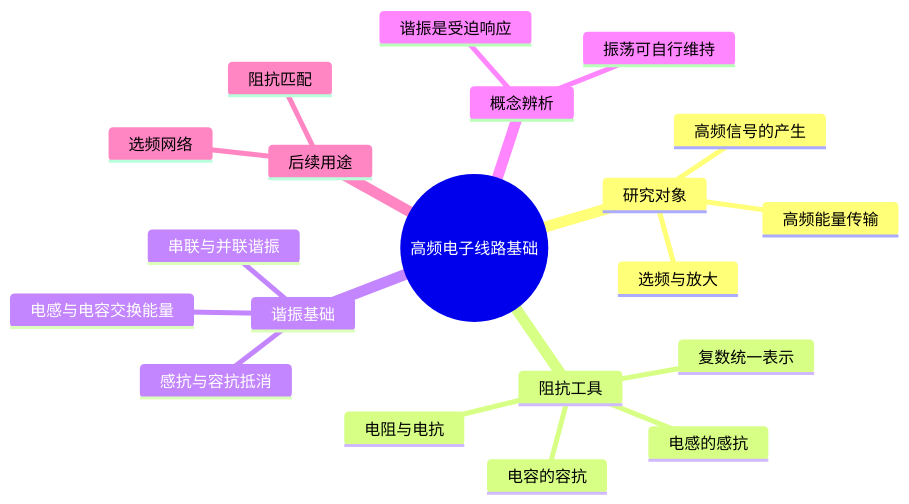
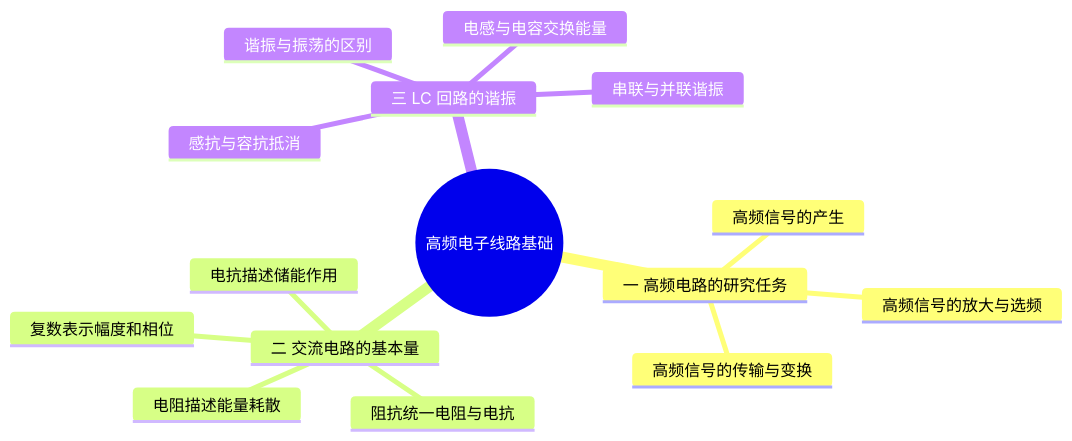
Before and after one commit to 3280441136-lab/My_Obsidian_Notes: the diagram in 学习/学校课程/高频电子线路（3学分）/01 第1课 学习高频电子线路前的一些理解基础.md, drawn with Mermaid. The commit also changed other lines of this file and 20 other files, not shown here.

````diff
--- a/学习/学校课程/高频电子线路（3学分）/01 第1课 学习高频电子线路前的一些理解基础.md
+++ b/学习/学校课程/高频电子线路（3学分）/01 第1课 学习高频电子线路前的一些理解基础.md
@@ -14,23 +14,18 @@
 ```mermaid
 mindmap
   root((高频电子线路基础))
-    研究对象
+    一 高频电路的研究任务
       高频信号的产生
-      选频与放大
-      高频能量传输
-    阻抗工具
-      电阻与电抗
-      电感的感抗
-      电容的容抗
-      复数统一表示
-    谐振基础
+      高频信号的放大与选频
+      高频信号的传输与变换
+    二 交流电路的基本量
+      电阻描述能量耗散
+      电抗描述储能作用
+      阻抗统一电阻与电抗
+      复数表示幅度和相位
+    三 LC 回路的谐振
       电感与电容交换能量
       感抗与容抗抵消
       串联与并联谐振
-    概念辨析
-      谐振是受迫响应
-      振荡可自行维持
-    后续用途
-      选频网络
-      阻抗匹配
+      谐振与振荡的区别
 ```
````
